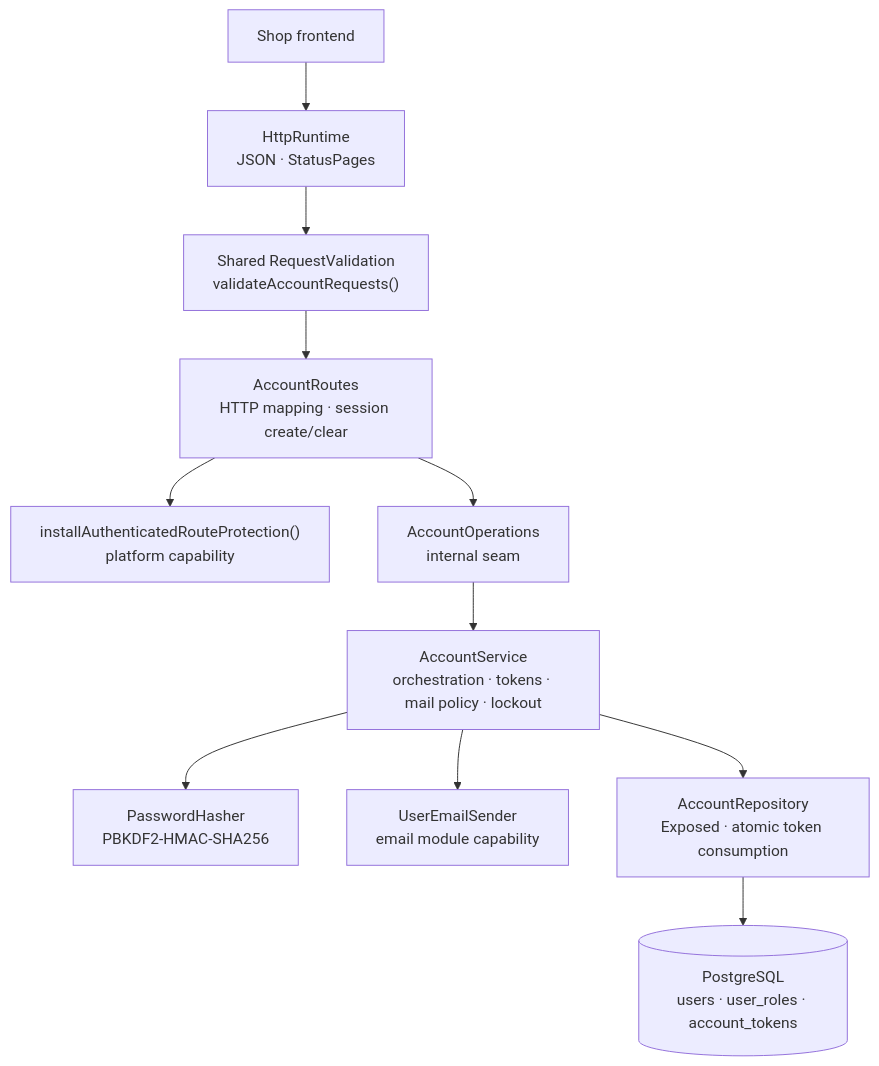
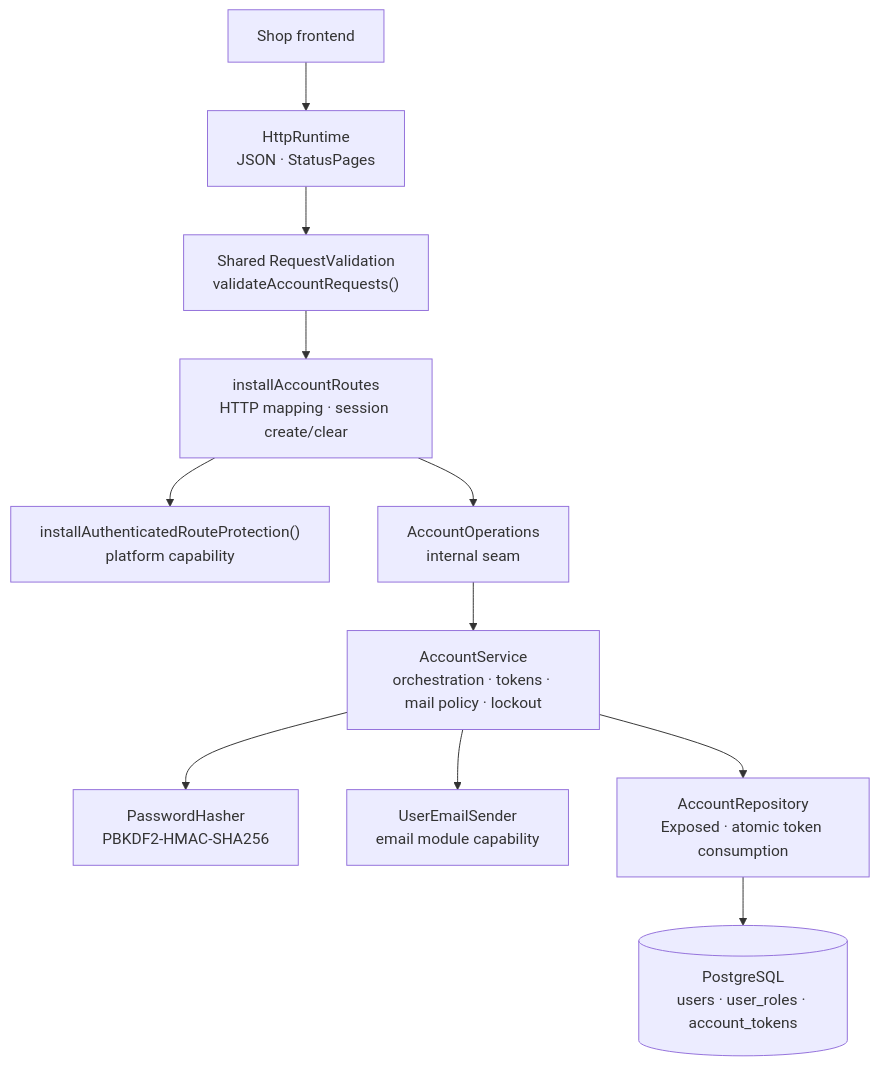
One commit to bitstorm-tech/voenix-shop-kotlin changed the diagram in docs/dev/backend/account-package.md. Above: the diagram before and after it, drawn with Mermaid. The commit also changed other lines of this file and 94 other files, not shown here.

````diff
--- a/docs/dev/backend/account-package.md
+++ b/docs/dev/backend/account-package.md
@@ -82,23 +82,23 @@
 ```mermaid
 flowchart TB
     Client["Shop frontend"]
     Http["HttpRuntime<br/>JSON · StatusPages"]
     Validation["Shared RequestValidation<br/>validateAccountRequests()"]
-    Routes["AccountRoutes<br/>HTTP mapping · session create/clear"]
+    Routes["installAccountRoutes<br/>HTTP mapping · session create/clear"]
     Protection["installAuthenticatedRouteProtection()<br/>platform capability"]
     Operations["AccountOperations<br/>internal seam"]
     Service["AccountService<br/>orchestration · tokens · mail policy · lockout"]
     Hasher["PasswordHasher<br/>PBKDF2-HMAC-SHA256"]
     Mail["UserEmailSender<br/>email module capability"]
     Repository["AccountRepository<br/>Exposed · atomic token consumption"]
     Tables[("PostgreSQL<br/>users · user_roles · account_tokens")]
 
     Client --> Http --> Validation --> Routes
     Routes --> Protection
     Routes --> Operations
     Operations --> Service
     Service --> Hasher
     Service --> Mail
     Service --> Repository
     Repository --> Tables
 ```
````
